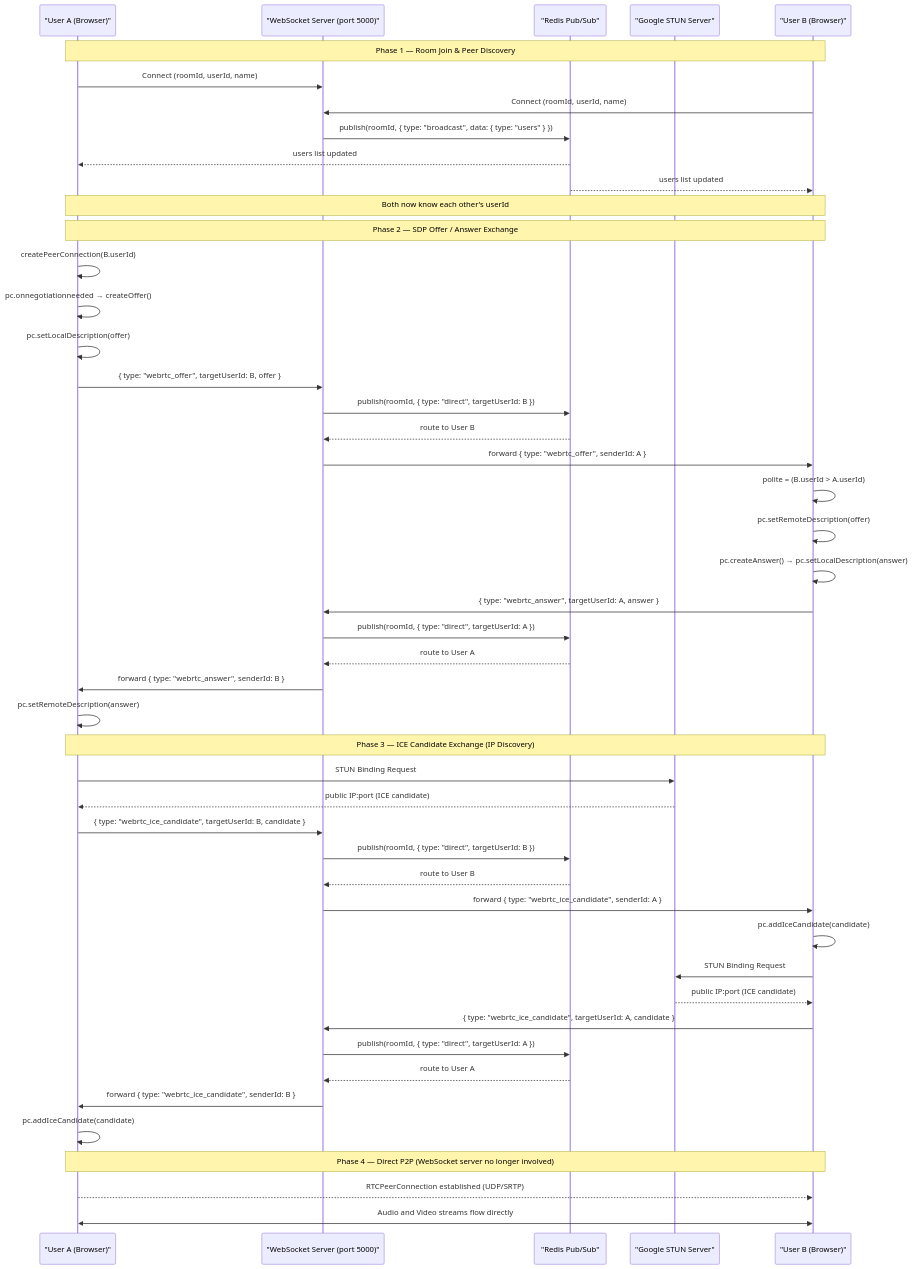
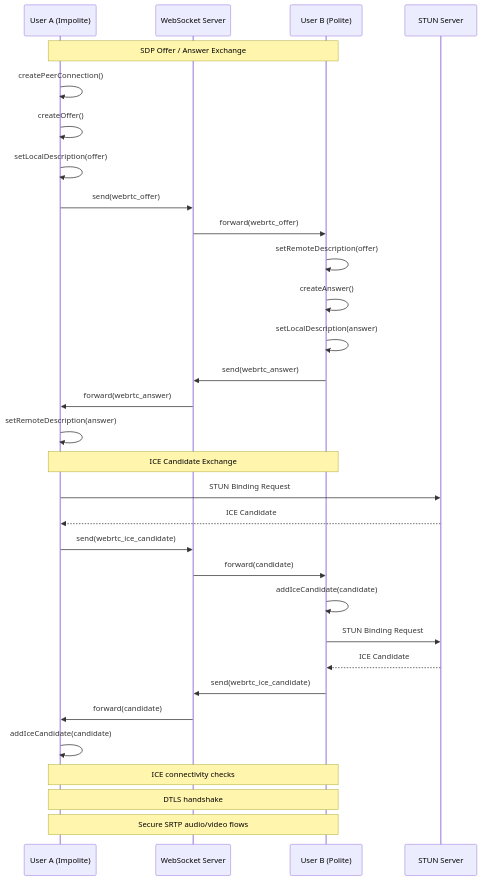
The seventh of 9 diagrams in README.md (harshitzofficial/SYNC-CODE), drawn with Mermaid before and after one commit.

Commit message:
Update sequence diagram for WebRTC phases

````diff
--- a/README.md
+++ b/README.md
@@ -530,53 +530,42 @@
 ```mermaid
 sequenceDiagram
-    participant A as "User A (Browser)"
-    participant WS as "WebSocket Server (port 5000)"
-    participant RD as "Redis Pub/Sub"
-    participant ST as "Google STUN Server"
-    participant B as "User B (Browser)"
+    participant U1 as User A (Impolite)
+    participant WS as WebSocket Server
+    participant U2 as User B (Polite)
+    participant ST as STUN Server
 
-    Note over A, B: Phase 1 — Room Join & Peer Discovery
-    A->>WS: Connect (roomId, userId, name)
-    B->>WS: Connect (roomId, userId, name)
-    WS->>RD: publish(roomId, { type: "broadcast", data: { type: "users" } })
-    RD-->>A: users list updated
-    RD-->>B: users list updated
-    Note over A, B: Both now know each other's userId
+    Note over U1,U2: SDP Offer / Answer Exchange
 
-    Note over A, B: Phase 2 — SDP Offer / Answer Exchange
-    A->>A: createPeerConnection(B.userId)
-    A->>A: pc.onnegotiationneeded → createOffer()
-    A->>A: pc.setLocalDescription(offer)
-    A->>WS: { type: "webrtc_offer", targetUserId: B, offer }
-    WS->>RD: publish(roomId, { type: "direct", targetUserId: B })
-    RD-->>WS: route to User B
-    WS->>B: forward { type: "webrtc_offer", senderId: A }
-    B->>B: polite = (B.userId > A.userId)
-    B->>B: pc.setRemoteDescription(offer)
-    B->>B: pc.createAnswer() → pc.setLocalDescription(answer)
-    B->>WS: { type: "webrtc_answer", targetUserId: A, answer }
-    WS->>RD: publish(roomId, { type: "direct", targetUserId: A })
-    RD-->>WS: route to User A
-    WS->>A: forward { type: "webrtc_answer", senderId: B }
-    A->>A: pc.setRemoteDescription(answer)
+    U1->>U1: createPeerConnection()
+    U1->>U1: createOffer()
+    U1->>U1: setLocalDescription(offer)
+    U1->>WS: send(webrtc_offer)
 
-    Note over A, B: Phase 3 — ICE Candidate Exchange (IP Discovery)
-    A->>ST: STUN Binding Request
-    ST-->>A: public IP:port (ICE candidate)
-    A->>WS: { type: "webrtc_ice_candidate", targetUserId: B, candidate }
-    WS->>RD: publish(roomId, { type: "direct", targetUserId: B })
-    RD-->>WS: route to User B
-    WS->>B: forward { type: "webrtc_ice_candidate", senderId: A }
-    B->>B: pc.addIceCandidate(candidate)
-    B->>ST: STUN Binding Request
-    ST-->>B: public IP:port (ICE candidate)
-    B->>WS: { type: "webrtc_ice_candidate", targetUserId: A, candidate }
-    WS->>RD: publish(roomId, { type: "direct", targetUserId: A })
-    RD-->>WS: route to User A
-    WS->>A: forward { type: "webrtc_ice_candidate", senderId: B }
-    A->>A: pc.addIceCandidate(candidate)
+    WS->>U2: forward(webrtc_offer)
 
-    Note over A, B: Phase 4 — Direct P2P (WebSocket server no longer involved)
-    A-->>B: RTCPeerConnection established (UDP/SRTP)
-    A<<->>B: Audio and Video streams flow directly
+    U2->>U2: setRemoteDescription(offer)
+    U2->>U2: createAnswer()
+    U2->>U2: setLocalDescription(answer)
+    U2->>WS: send(webrtc_answer)
+
+    WS->>U1: forward(webrtc_answer)
+    U1->>U1: setRemoteDescription(answer)
+
+    Note over U1,U2: ICE Candidate Exchange
+
+    U1->>ST: STUN Binding Request
+    ST-->>U1: ICE Candidate
+    U1->>WS: send(webrtc_ice_candidate)
+    WS->>U2: forward(candidate)
+    U2->>U2: addIceCandidate(candidate)
+
+    U2->>ST: STUN Binding Request
+    ST-->>U2: ICE Candidate
+    U2->>WS: send(webrtc_ice_candidate)
+    WS->>U1: forward(candidate)
+    U1->>U1: addIceCandidate(candidate)
+
+    Note over U1,U2: ICE connectivity checks
+    Note over U1,U2: DTLS handshake
+    Note over U1,U2: Secure SRTP audio/video flows
 ```
````
